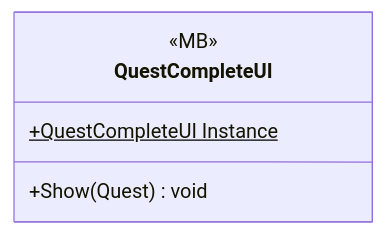
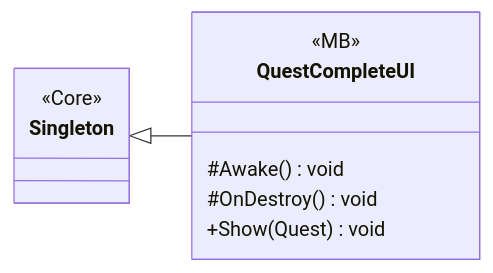
Before and after one commit to PhumipatWave/project-ocean: the diagram in docs/uml/modules/UI_QuestCompleteUI.md, drawn with Mermaid. The commit also changed other lines of this file and 71 other files, not shown here.

Commit message:
Update UML diagrams

````diff
--- a/docs/uml/modules/UI_QuestCompleteUI.md
+++ b/docs/uml/modules/UI_QuestCompleteUI.md
@@ -7,9 +7,14 @@
 ```mermaid
 classDiagram
   direction LR
   class QuestCompleteUI {
     <<MB>>
-    +QuestCompleteUI Instance$
+    #Awake() void
+    #OnDestroy() void
     +Show(Quest) void
   }
+  class Singleton {
+    <<Core>>
+  }
+  Singleton <|-- QuestCompleteUI
 ```
````
